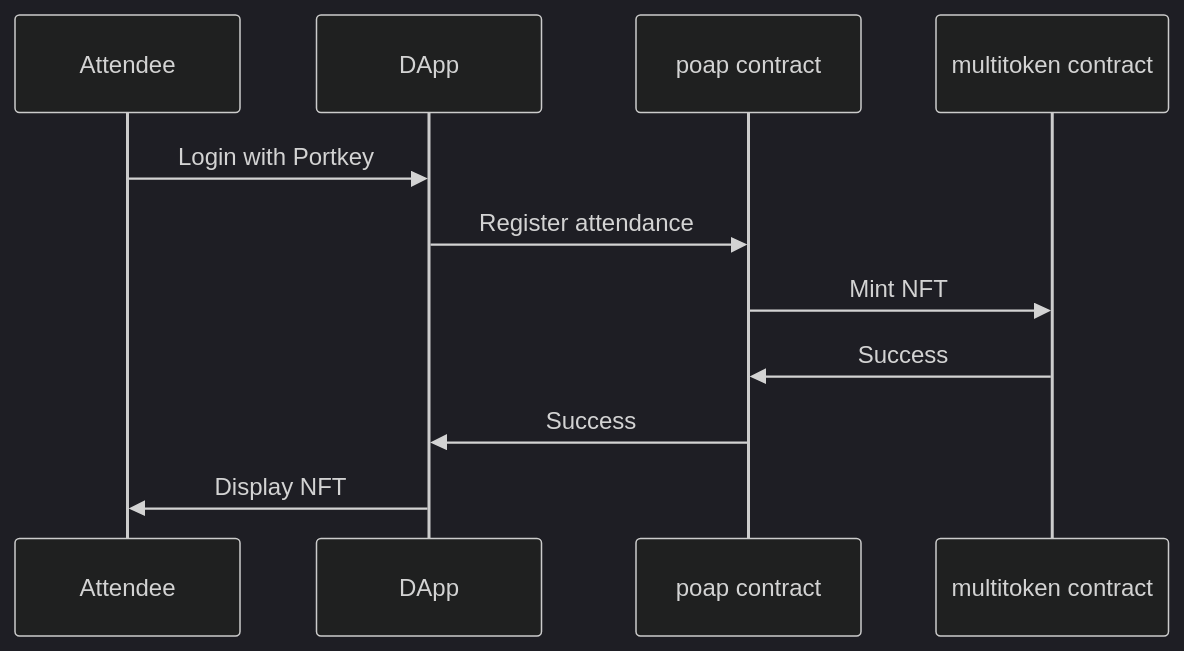
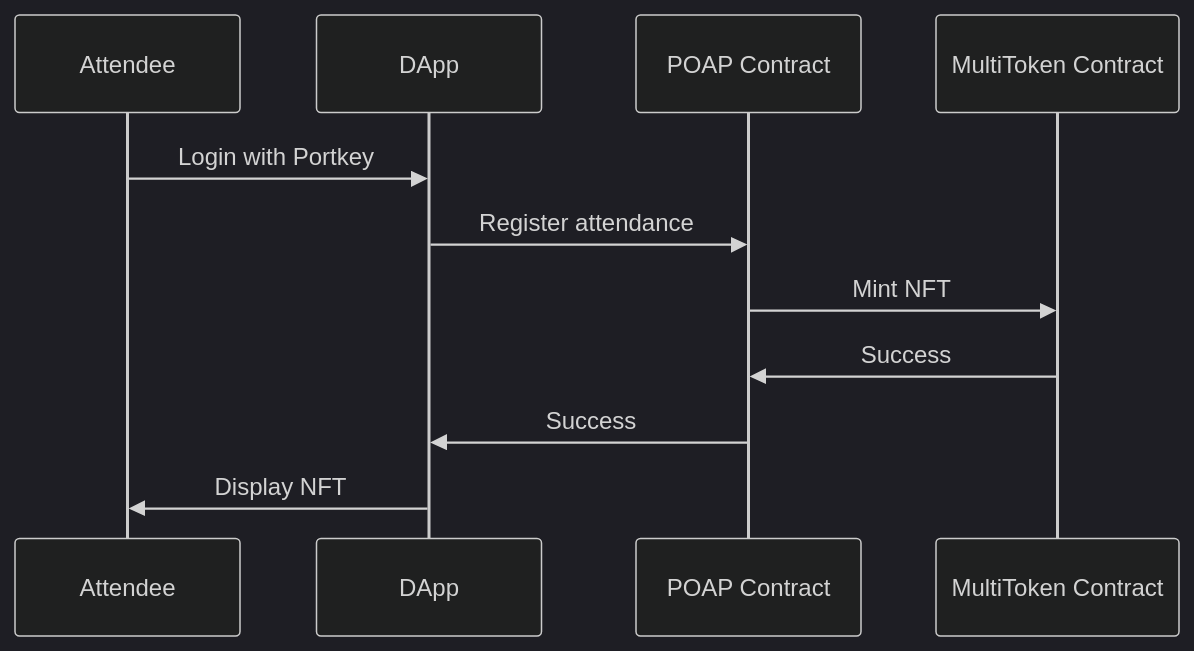
Before and after one commit to yongenportkey/nus-workshop-2024-microsite: the second of 2 diagrams in docs/intro.md, drawn with Mermaid (dark theme). The commit also changed other lines of this file and 1 other file, not shown here.

````diff
--- a/docs/intro.md
+++ b/docs/intro.md
@@ -54,9 +55,9 @@
 ```mermaid
 sequenceDiagram
     Attendee->>DApp: Login with Portkey
-    DApp->>poap contract: Register attendance
-    poap contract->>multitoken contract: Mint NFT
-    multitoken contract->>poap contract: Success
-    poap contract->>DApp: Success
+    DApp->>POAP Contract: Register attendance
+    POAP Contract->>MultiToken Contract: Mint NFT
+    MultiToken Contract->>POAP Contract: Success
+    POAP Contract->>DApp: Success
     DApp->>Attendee: Display NFT
 ```
````
